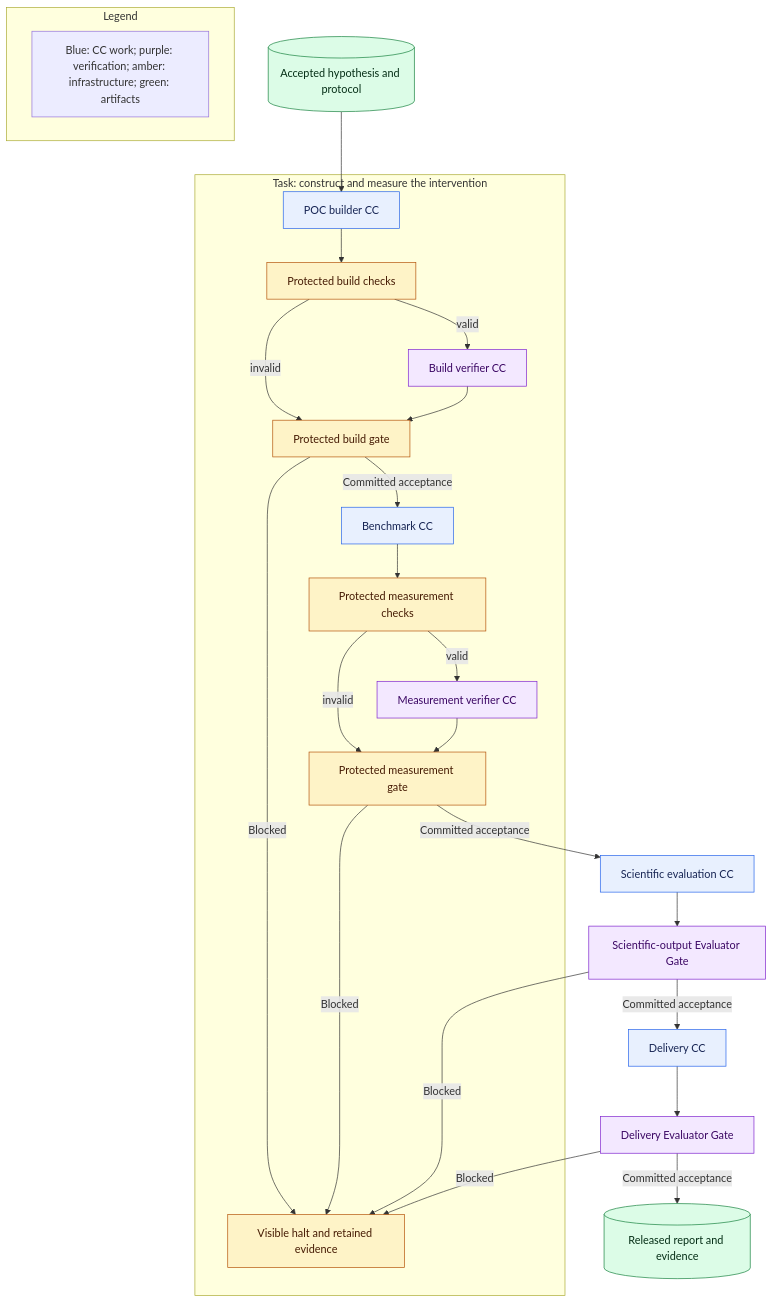
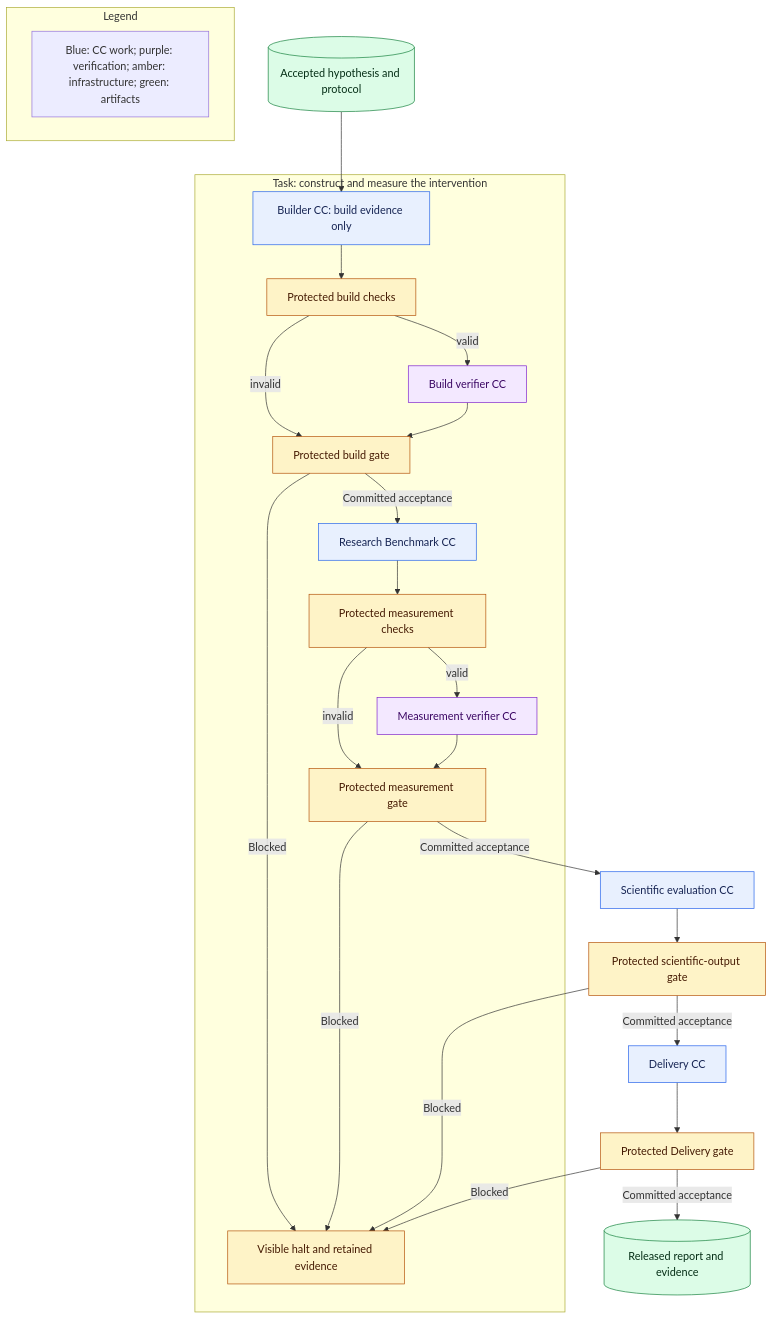
Before and after one commit to Stellven/jiuwenswarm: the second of 2 diagrams in docs/architecture/design-package/workflow.md, drawn with Mermaid. The commit also changed other lines of this file and 86 other files, not shown here.

Commit message:
docs: fix stale diagrams and matching prose; re-render all views

````diff
--- a/docs/architecture/design-package/workflow.md
+++ b/docs/architecture/design-package/workflow.md
@@ -68,36 +69,36 @@
 ```mermaid
 flowchart TB
     H[(Accepted hypothesis and protocol)]
     subgraph Task[Task: construct and measure the intervention]
-        Build[POC builder CC] --> BD[Protected build checks]
+        Build[Builder CC: build evidence only] --> BD[Protected build checks]
         BD -->|valid| BV[Build verifier CC]
         BD -->|invalid| BG[Protected build gate]
         BV --> BG[Protected build gate]
-        BG -->|Committed acceptance| Measure[Benchmark CC]
+        BG -->|Committed acceptance| Measure[Research Benchmark CC]
         BG -->|Blocked| Halt[Visible halt and retained evidence]
         Measure --> MD[Protected measurement checks]
         MD -->|valid| MV[Measurement verifier CC]
         MD -->|invalid| MG[Protected measurement gate]
         MV --> MG[Protected measurement gate]
     end
     H --> Build
     MG -->|Committed acceptance| Eval[Scientific evaluation CC]
     MG -->|Blocked| Halt
-    Eval --> EV[Scientific-output Evaluator Gate]
+    Eval --> EV[Protected scientific-output gate]
     EV -->|Committed acceptance| Report[Delivery CC]
     EV -->|Blocked| Halt
-    Report --> DV[Delivery Evaluator Gate]
+    Report --> DV[Protected Delivery gate]
     DV -->|Committed acceptance| O[(Released report and evidence)]
     DV -->|Blocked| Halt
     subgraph Legend[Legend]
         Key[Blue: CC work; purple: verification; amber: infrastructure; green: artifacts]
     end
     classDef work fill:#E8F0FE,stroke:#2563EB,color:#172554
     classDef verify fill:#F3E8FF,stroke:#7E22CE,color:#3B0764
     classDef control fill:#FEF3C7,stroke:#B45309,color:#451A03
     classDef data fill:#DCFCE7,stroke:#15803D,color:#052E16
     class Build,Measure,Eval,Report work
-    class BV,MV,EV,DV verify
-    class BD,MD,BG,MG,Halt control
+    class BV,MV verify
+    class BD,MD,BG,MG,EV,DV,Halt,Halt0 control
     class H,O data
 ```
````
